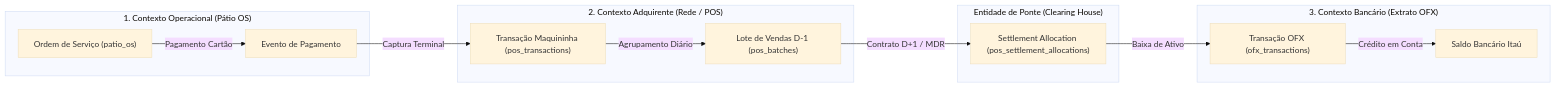
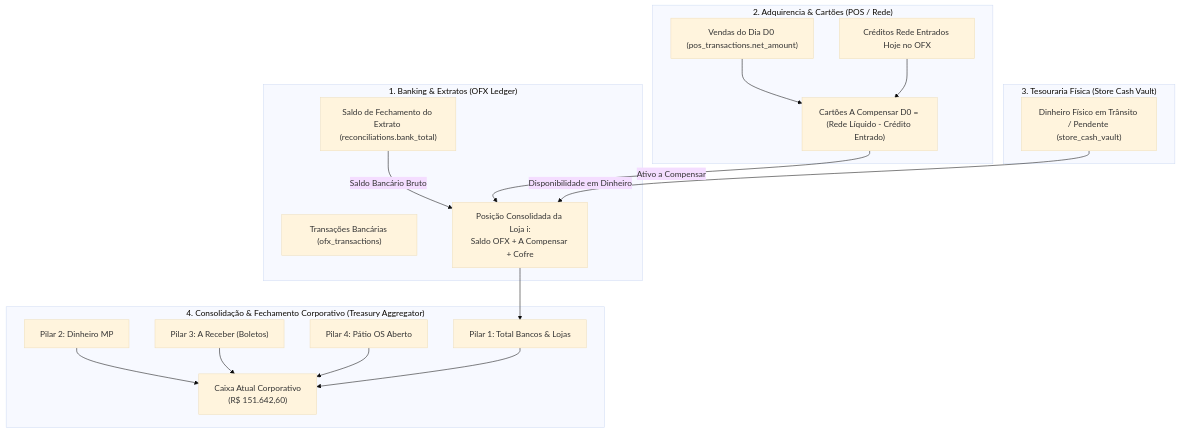
One commit to mktfun/mec-nica-financeiro changed the diagram in .council/round_1/architect_round1.md. Above: the diagram before and after it, drawn with Mermaid (base theme). The commit also changed other lines of this file and 18 other files, not shown here.

````diff
--- a/.council/round_1/architect_round1.md
+++ b/.council/round_1/architect_round1.md
@@ -45,20 +43,30 @@
 ```mermaid
-flowchart LR
-    subgraph Contexto_OS["1. Contexto Operacional (Pátio OS)"]
-        OS["Ordem de Serviço (patio_os)"] -->|"Pagamento Cartão"| POS_EVT["Evento de Pagamento"]
+flowchart TD
+    subgraph BoundedContext_Banking["1. Banking & Extratos (OFX Ledger)"]
+        OFX_TX["Transações Bancárias (ofx_transactions)"]
+        OFX_BAL["Saldo de Fechamento do Extrato (reconciliations.bank_total)"]
+        OFX_BAL -->|"Saldo Bancário Bruto"| STORE_POS
     end
 
-    subgraph Contexto_Rede["2. Contexto Adquirente (Rede / POS)"]
-        POS_EVT -->|"Captura Terminal"| POS_TX["Transação Maquininha (pos_transactions)"]
-        POS_TX -->|"Agrupamento Diário"| BATCH["Lote de Vendas D-1 (pos_batches)"]
+    subgraph BoundedContext_Acquiring["2. Adquirencia & Cartões (POS / Rede)"]
+        POS_SALES["Vendas do Dia D0 (pos_transactions.net_amount)"]
+        POS_SETTLED["Créditos Rede Entrados Hoje no OFX"]
+        POS_SALES --> DIFF_POS["Cartões A Compensar D0 = (Rede Líquido - Crédito Entrado)"]
+        POS_SETTLED --> DIFF_POS
+        DIFF_POS -->|"Ativo a Compensar"| STORE_POS
     end
 
-    subgraph Contexto_Settlement["Entidade de Ponte (Clearing House)"]
-        BATCH -->|"Contrato D+1 / MDR"| SETTLE["Settlement Allocation (pos_settlement_allocations)"]
+    subgraph BoundedContext_Vault["3. Tesouraria Física (Store Cash Vault)"]
+        VAULT_TRANSIT["Dinheiro Físico em Trânsito / Pendente (store_cash_vault)"]
+        VAULT_TRANSIT -->|"Disponibilidade em Dinheiro"| STORE_POS
     end
 
-    subgraph Contexto_Banco["3. Contexto Bancário (Extrato OFX)"]
-        SETTLE -->|"Baixa de Ativo"| OFX["Transação OFX (ofx_transactions)"]
-        OFX -->|"Crédito em Conta"| BANCO["Saldo Bancário Itaú"]
+    subgraph BoundedContext_Consolidation["4. Consolidação & Fechamento Corporativo (Treasury Aggregator)"]
+        STORE_POS["Posição Consolidada da Loja i:\nSaldo OFX + A Compensar + Cofre"]
+        STORE_POS --> GLOBAL_P1["Pilar 1: Total Bancos & Lojas"]
+        P2["Pilar 2: Dinheiro MP"] --> GLOBAL_CASH["Caixa Atual Corporativo\n(R$ 151.642,60)"]
+        P3["Pilar 3: A Receber (Boletos)"] --> GLOBAL_CASH
+        P4["Pilar 4: Pátio OS Aberto"] --> GLOBAL_CASH
+        GLOBAL_P1 --> GLOBAL_CASH
     end
 ```
````
